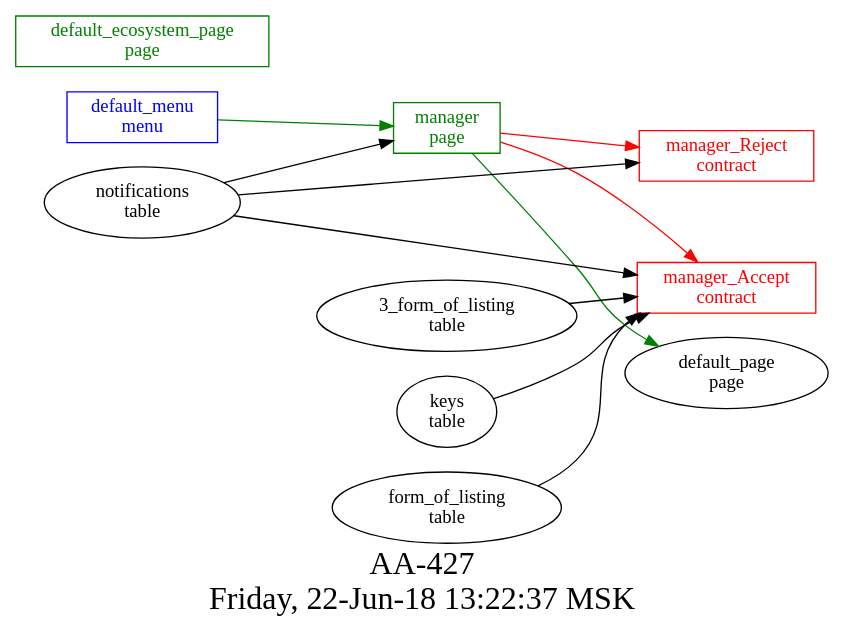
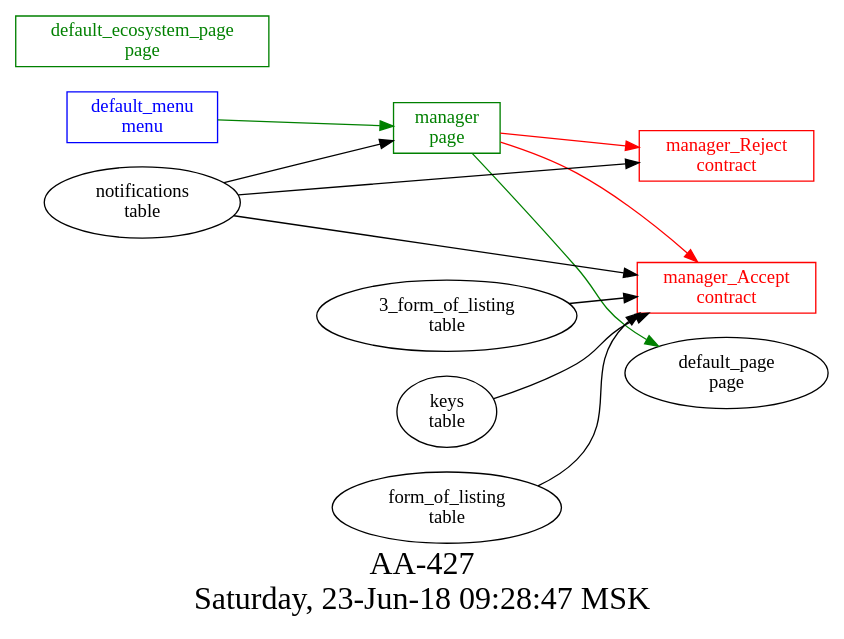
One commit to AplaProject/apps changed the diagram in src/AA-427/struct.dot. Above: the diagram before and after it, drawn with Graphviz. The commit also changed 3 other files, not shown here.

```diff
--- a/src/AA-427/struct.dot
+++ b/src/AA-427/struct.dot
@@ -1,25 +1,25 @@
 digraph G {
 graph [
   fontsize="24";
-  label="AA-427\nFriday, 22-Jun-18 13:22:37 MSK";
+  label="AA-427\nSaturday, 23-Jun-18 09:28:47 MSK";
   nojustify=true;
   ordering=out;
   rankdir=LR;
   size="30";
 ];
 "default_menu\nmenu" -> "manager\npage"  [ color=green ]
 "default_menu\nmenu" [color=blue, fontcolor=blue, group=menus, shape=record];
 "default_ecosystem_page\npage" [color=green, fontcolor=green, group=pages, shape=record];
 "manager\npage" -> "manager_Reject\ncontract"  [ color=red ]
 "manager\npage" -> "manager_Accept\ncontract"  [ color=red ]
 "notifications\ntable" -> "manager\npage"
 "manager\npage" -> "default_page\npage"  [ color=green ]
 "manager\npage" [color=green, fontcolor=green, group=pages, shape=record];
 "3_form_of_listing\ntable" -> "manager_Accept\ncontract"
 "notifications\ntable" -> "manager_Accept\ncontract"
 "keys\ntable" -> "manager_Accept\ncontract"
 "form_of_listing\ntable" -> "manager_Accept\ncontract"
 "manager_Accept\ncontract" [color=red, fontcolor=red, group=contracts, shape=record];
 "notifications\ntable" -> "manager_Reject\ncontract"
 "manager_Reject\ncontract" [color=red, fontcolor=red, group=contracts, shape=record];
 }
```
